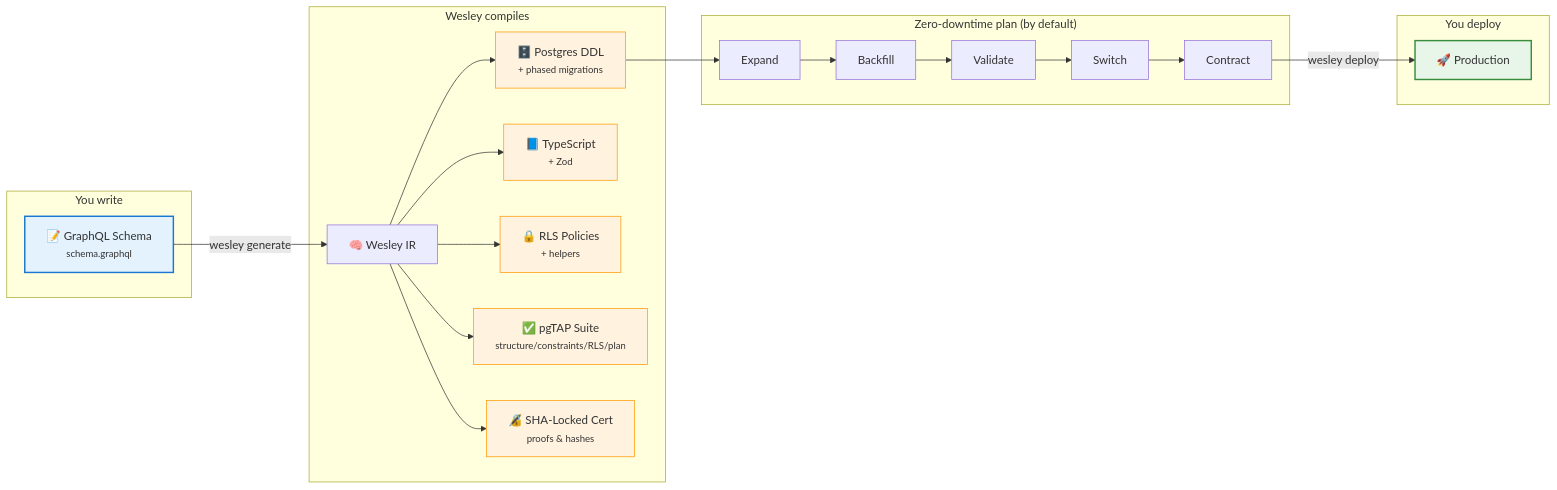
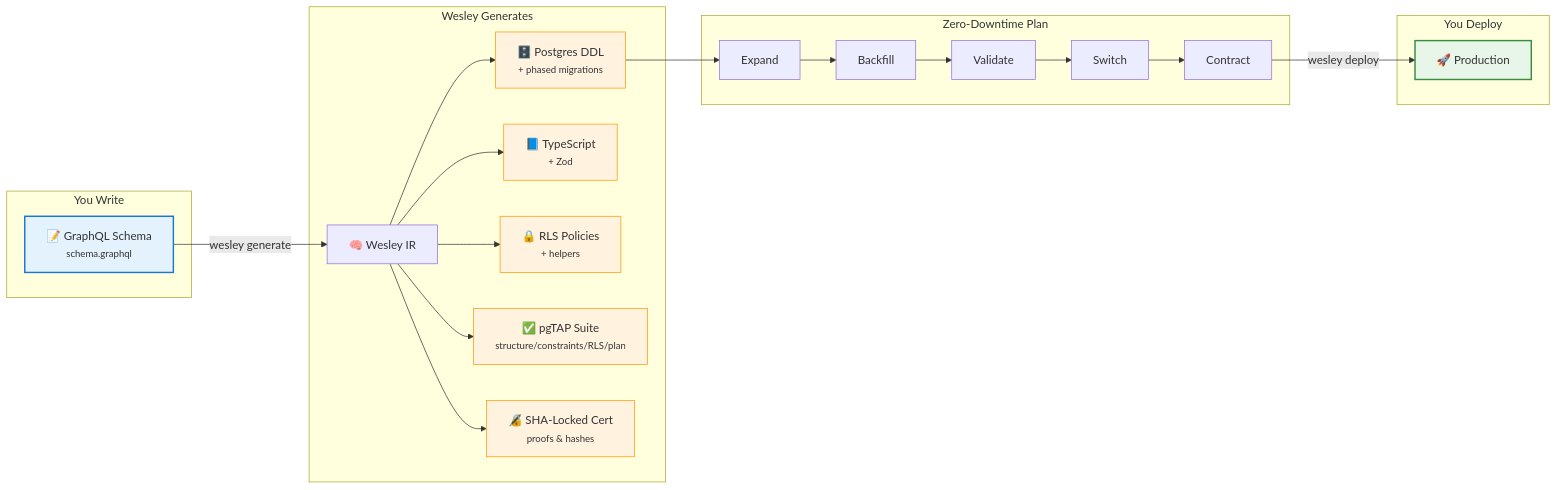
The diagram in README.md (flyingrobots/wesley), drawn with Mermaid before and after one commit. The commit also changed other lines of this file, not shown here.

````diff
--- a/README.md
+++ b/README.md
@@ -21,43 +36,43 @@
 ```mermaid
 flowchart LR
-    subgraph YOU["You write"]
+    subgraph YOU["You Write"]
       GQL["📝 GraphQL Schema<br/><small>schema.graphql</small>"]
     end
 
-    subgraph WES["Wesley compiles"]
+    subgraph WES["Wesley Generates"]
       IR["🧠 Wesley IR"]
       SQL["🗄️ Postgres DDL<br/><small>+ phased migrations</small>"]
       TS["📘 TypeScript<br/><small>+ Zod</small>"]
       RLS["🔒 RLS Policies<br/><small>+ helpers</small>"]
       TEST["✅ pgTAP Suite<br/><small>structure/constraints/RLS/plan</small>"]
       CERT["🔏 SHA-Locked Cert<br/><small>proofs & hashes</small>"]
     end
 
-    subgraph PLAN["Zero-downtime plan (by default)"]
+    subgraph PLAN["Zero-Downtime Plan"]
       EXP[Expand]
       BKG[Backfill]
       VAL[Validate]
       SWT[Switch]
       CTR[Contract]
     end
 
-    subgraph PROD["You deploy"]
+    subgraph PROD["You Deploy"]
       DEP["🚀 Production"]
     end
 
     GQL -->|"wesley generate"| IR
     IR --> SQL
     IR --> TS
     IR --> RLS
     IR --> TEST
     IR --> CERT
 
     SQL --> EXP --> BKG --> VAL --> SWT --> CTR -->|"wesley deploy"| DEP
 
     classDef p1 fill:#e3f2fd,stroke:#1976d2,stroke-width:2px
     classDef p2 fill:#fff3e0,stroke:#ff9800
     classDef p3 fill:#e8f5e9,stroke:#388e3c,stroke-width:2px
     class GQL p1
     class SQL,TS,RLS,TEST,CERT p2
     class DEP p3
 ```
````
